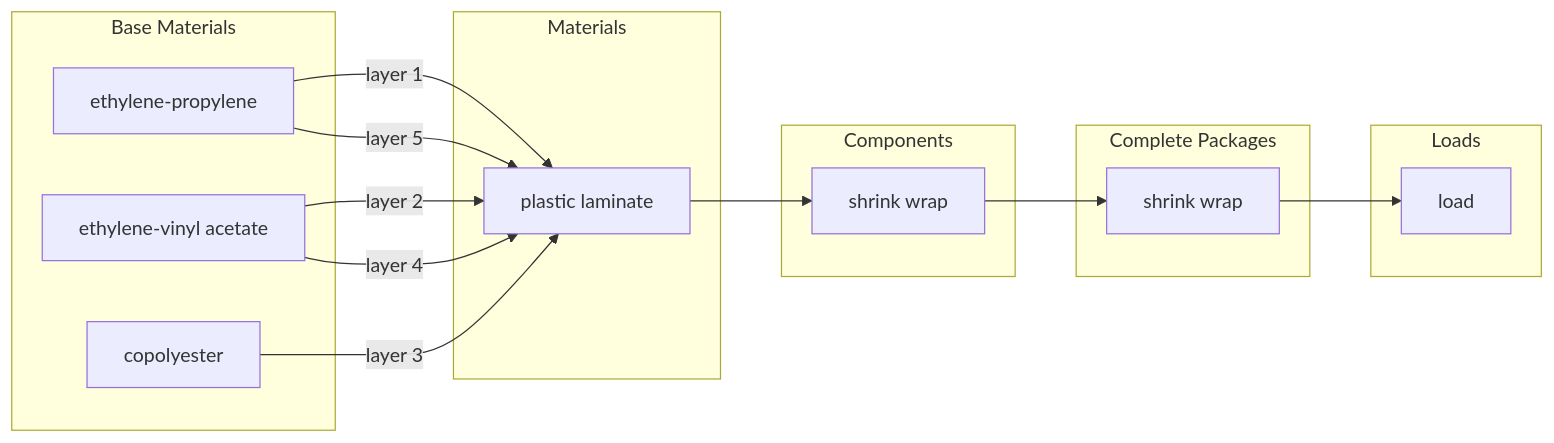
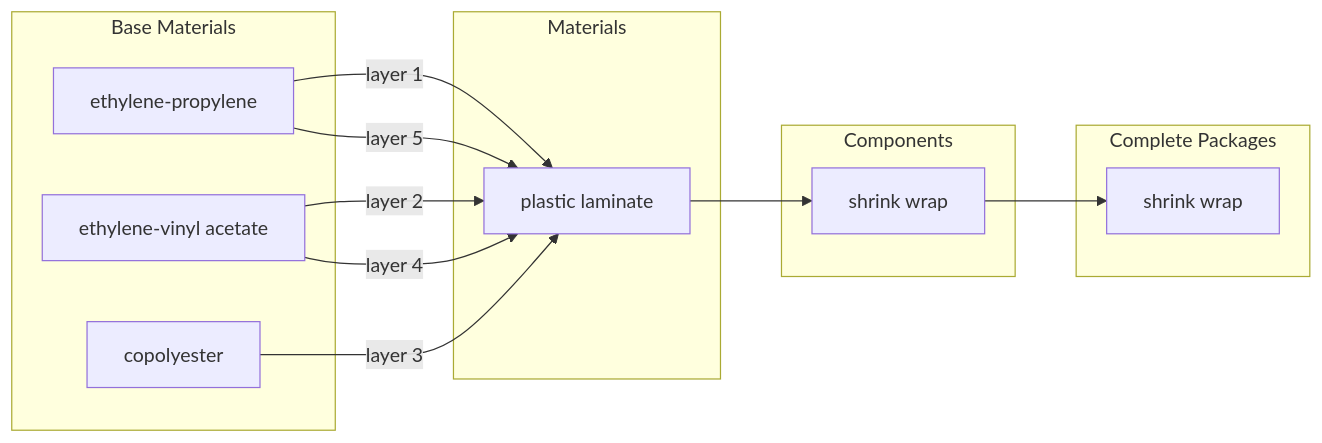
Before and after one commit to OpenDataManchester/Open3P: the seventh of 8 diagrams in docs/1_Start_Here/1_3_Data_Flow.md, drawn with Mermaid. The commit also changed other lines of this file, not shown here.

Commit message:
Improved Data Flow page

````diff
--- a/docs/1_Start_Here/1_3_Data_Flow.md
+++ b/docs/1_Start_Here/1_3_Data_Flow.md
@@ -240,28 +222,24 @@
 ``` mermaid
 flowchart LR
     subgraph baseMaterials[Base Materials]
         bm_ep[ethylene-propylene]
         bm_eva[ethylene-vinyl acetate]
         bm_copolyester[copolyester]
     end
     subgraph materials[Materials]
         ma_shrinkwrap[plastic laminate]
     end
     subgraph components[Components]
         co_shrinkwrap[shrink wrap]
     end
     subgraph completePackages[Complete Packages]
         cp_shrinkwrap[shrink wrap]
     end
-    subgraph loads[Loads]
-        lo_example[load]
-    end
     bm_ep -- layer 1 --> ma_shrinkwrap
     bm_eva -- layer 2 --> ma_shrinkwrap
     bm_copolyester -- layer 3 --> ma_shrinkwrap
     bm_eva -- layer 4 --> ma_shrinkwrap
     bm_ep -- layer 5 --> ma_shrinkwrap
     ma_shrinkwrap --> co_shrinkwrap
     co_shrinkwrap --> cp_shrinkwrap
-    cp_shrinkwrap --> lo_example
 ```
````
